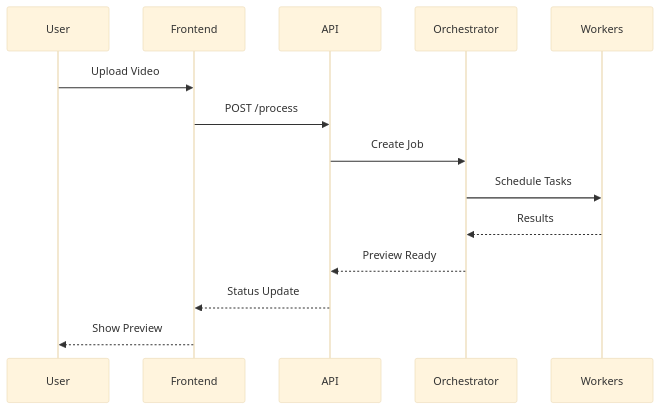
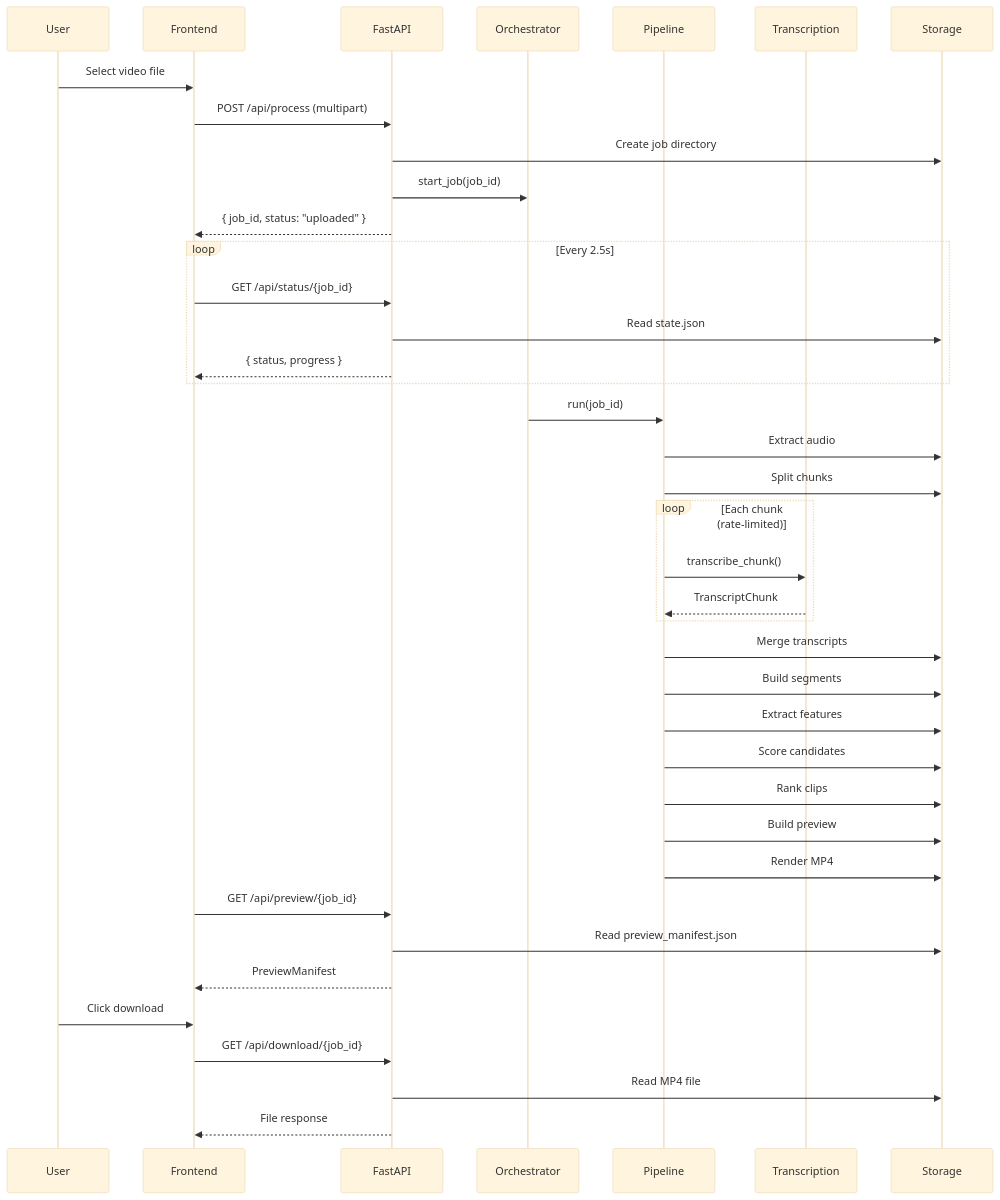
One commit to samm329-ui/Trimora_v2 changed the fourth of 7 diagrams in README.md. Above: the diagram before and after it, drawn with Mermaid (base theme). The commit also changed other lines of this file, not shown here.

Commit message:
docs: comprehensive README with Mermaid diagrams, API reference, and MIT license

````diff
--- a/README.md
+++ b/README.md
@@ -379,25 +510,48 @@
 ```mermaid
 sequenceDiagram
+    participant U as User
+    participant F as Frontend
+    participant A as FastAPI
+    participant O as Orchestrator
+    participant P as Pipeline
+    participant T as Transcription
+    participant S as Storage
 
-participant U as User
-participant F as Frontend
-participant A as API
-participant O as Orchestrator
-participant W as Workers
+    U->>F: Select video file
+    F->>A: POST /api/process (multipart)
+    A->>S: Create job directory
+    A->>O: start_job(job_id)
+    A-->>F: { job_id, status: "uploaded" }
 
-U->>F: Upload Video
+    loop Every 2.5s
+        F->>A: GET /api/status/{job_id}
+        A->>S: Read state.json
+        A-->>F: { status, progress }
+    end
 
-F->>A: POST /process
+    O->>P: run(job_id)
+    P->>S: Extract audio
+    P->>S: Split chunks
 
-A->>O: Create Job
+    loop Each chunk (rate-limited)
+        P->>T: transcribe_chunk()
+        T-->>P: TranscriptChunk
+    end
 
-O->>W: Schedule Tasks
+    P->>S: Merge transcripts
+    P->>S: Build segments
+    P->>S: Extract features
+    P->>S: Score candidates
+    P->>S: Rank clips
+    P->>S: Build preview
+    P->>S: Render MP4
 
-W-->>O: Results
+    F->>A: GET /api/preview/{job_id}
+    A->>S: Read preview_manifest.json
+    A-->>F: PreviewManifest
 
-O-->>A: Preview Ready
-
-A-->>F: Status Update
-
-F-->>U: Show Preview
+    U->>F: Click download
+    F->>A: GET /api/download/{job_id}
+    A->>S: Read MP4 file
+    A-->>F: File response
 ```
````
